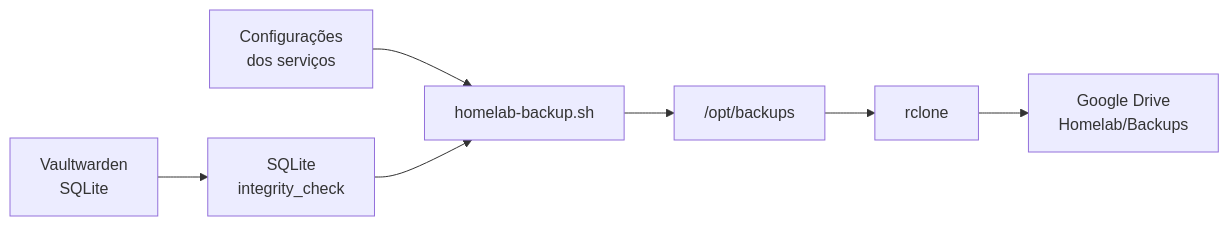
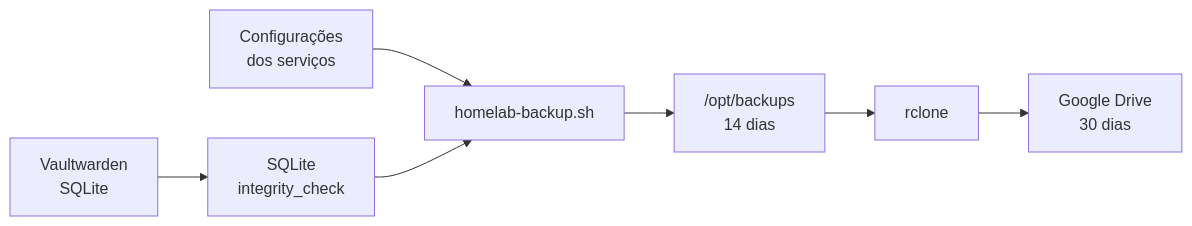
One commit to satrohoria/homelab-infra changed the eighth of 12 diagrams in docs/architecture.md. Above: the diagram before and after it, drawn with Mermaid. The commit also changed other lines of this file and 3 other files, not shown here.

Commit message:
Update homelab architecture and hardening docs

````diff
--- a/docs/architecture.md
+++ b/docs/architecture.md
@@ -225,27 +448,27 @@
 ```mermaid
 flowchart LR
 
     Services["Configurações<br/>dos serviços"]
 
     Vault["Vaultwarden<br/>SQLite"]
 
     Script["homelab-backup.sh"]
 
     Integrity["SQLite<br/>integrity_check"]
 
-    Local["/opt/backups"]
+    Local["/opt/backups<br/>14 dias"]
 
     Rclone["rclone"]
 
-    Drive["Google Drive<br/>Homelab/Backups"]
+    Drive["Google Drive<br/>30 dias"]
 
     Services --> Script
 
     Vault --> Integrity
     Integrity --> Script
 
     Script --> Local
 
     Local --> Rclone
     Rclone --> Drive
 ```
````
